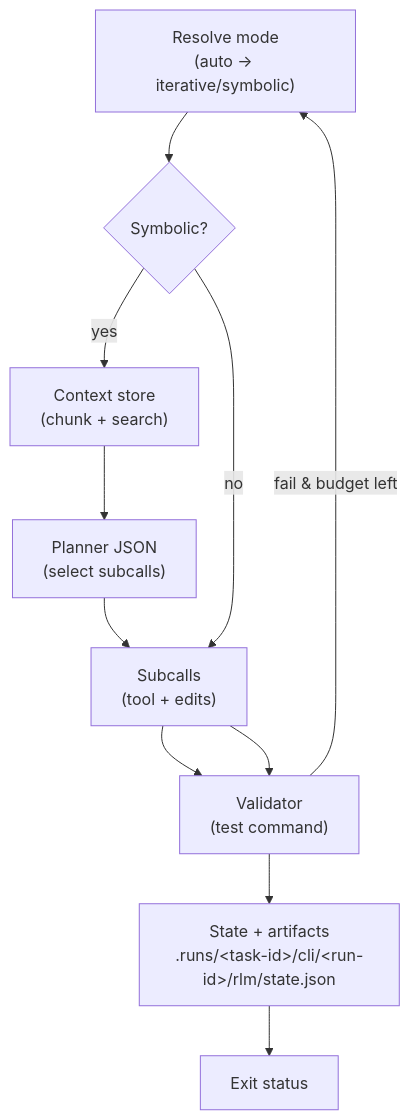
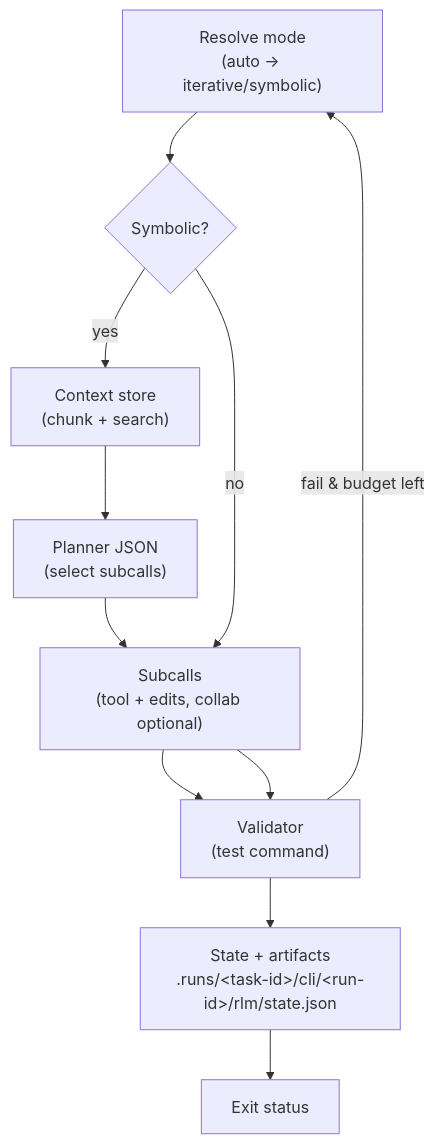
The second of 2 diagrams in README.md (Kbediako/CO), drawn with Mermaid before and after one commit. The commit also changed other lines of this file and 56 other files, not shown here.

````diff
--- a/README.md
+++ b/README.md
@@ -79,18 +101,18 @@
 ```mermaid
 flowchart TB
   F["Resolve mode<br/>(auto -> iterative/symbolic)"]
   G{Symbolic?}
   H["Context store<br/>(chunk + search)"]
   I["Planner JSON<br/>(select subcalls)"]
-  J["Subcalls<br/>(tool + edits)"]
+  J["Subcalls<br/>(tool + edits, collab optional)"]
   K["Validator<br/>(test command)"]
   L["State + artifacts<br/>.runs/&lt;task-id&gt;/cli/&lt;run-id&gt;/rlm/state.json"]
   M["Exit status"]
 
   F --> G
   G -- yes --> H --> I --> J --> K
   G -- no --> J
   J --> K
   K --> L --> M
   K -- fail & budget left --> F
 ```
````
